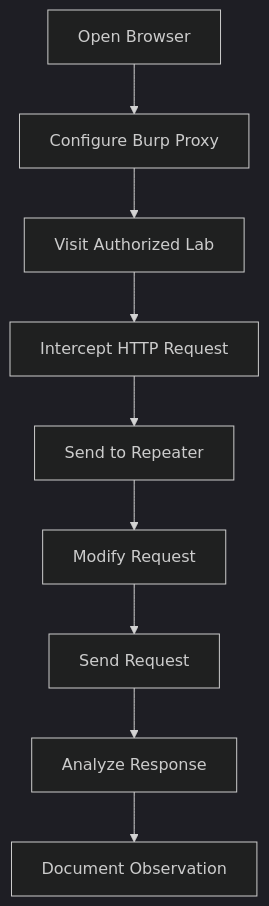
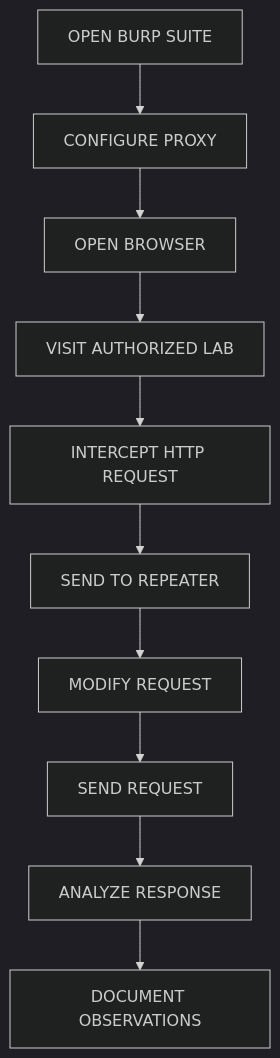
One commit to GhostMaskR/Web-Application-Basics changed the fourth of 5 diagrams in README.md. Above: the diagram before and after it, drawn with Mermaid (dark theme). The commit also changed other lines of this file, not shown here.

````diff
--- a/README.md
+++ b/README.md
@@ -163,11 +243,12 @@
 ```mermaid
 flowchart TD
-    A[Open Browser] --> B[Configure Burp Proxy]
-    B --> C[Visit Authorized Lab]
-    C --> D[Intercept HTTP Request]
-    D --> E[Send to Repeater]
-    E --> F[Modify Request]
-    F --> G[Send Request]
-    G --> H[Analyze Response]
-    H --> I[Document Observation]
+    A["OPEN BURP SUITE"] --> B["CONFIGURE PROXY"]
+    B --> C["OPEN BROWSER"]
+    C --> D["VISIT AUTHORIZED LAB"]
+    D --> E["INTERCEPT HTTP REQUEST"]
+    E --> F["SEND TO REPEATER"]
+    F --> G["MODIFY REQUEST"]
+    G --> H["SEND REQUEST"]
+    H --> I["ANALYZE RESPONSE"]
+    I --> J["DOCUMENT OBSERVATIONS"]
 ```
````
